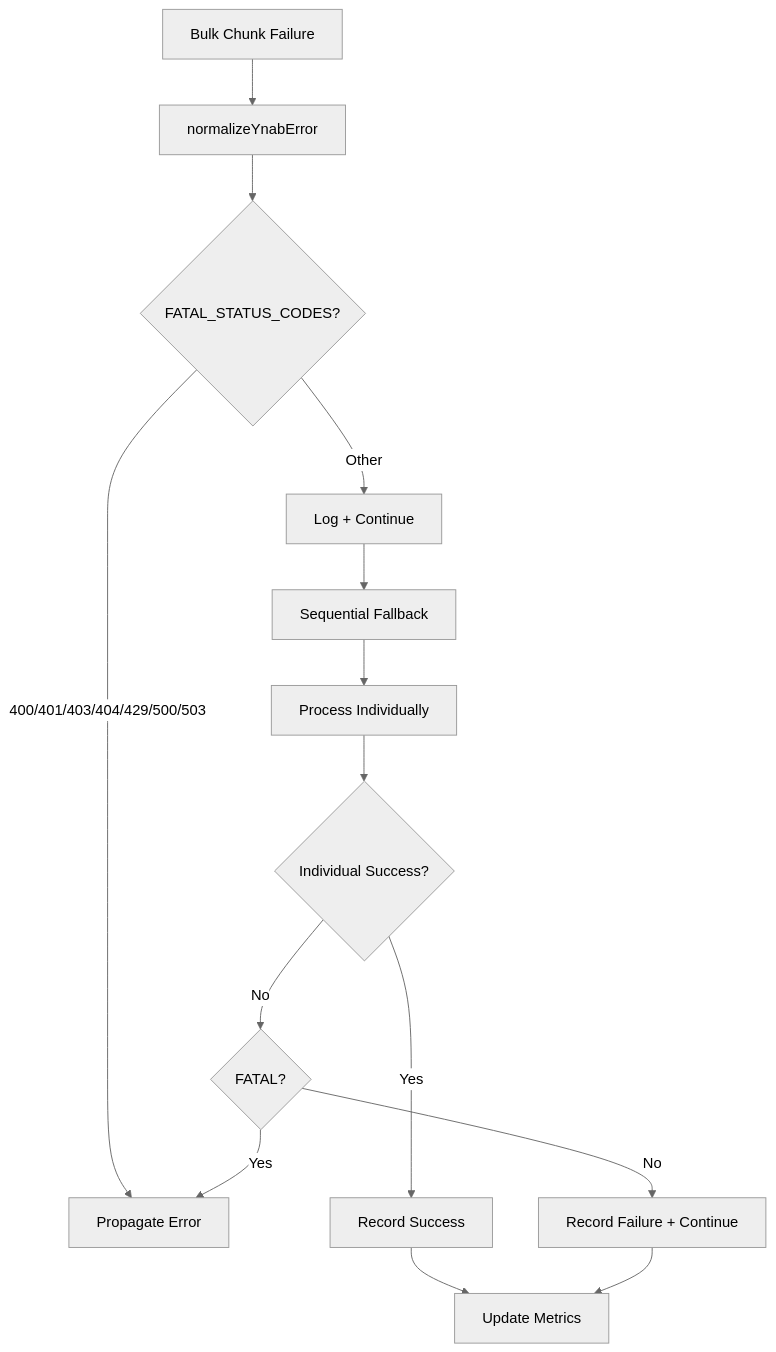
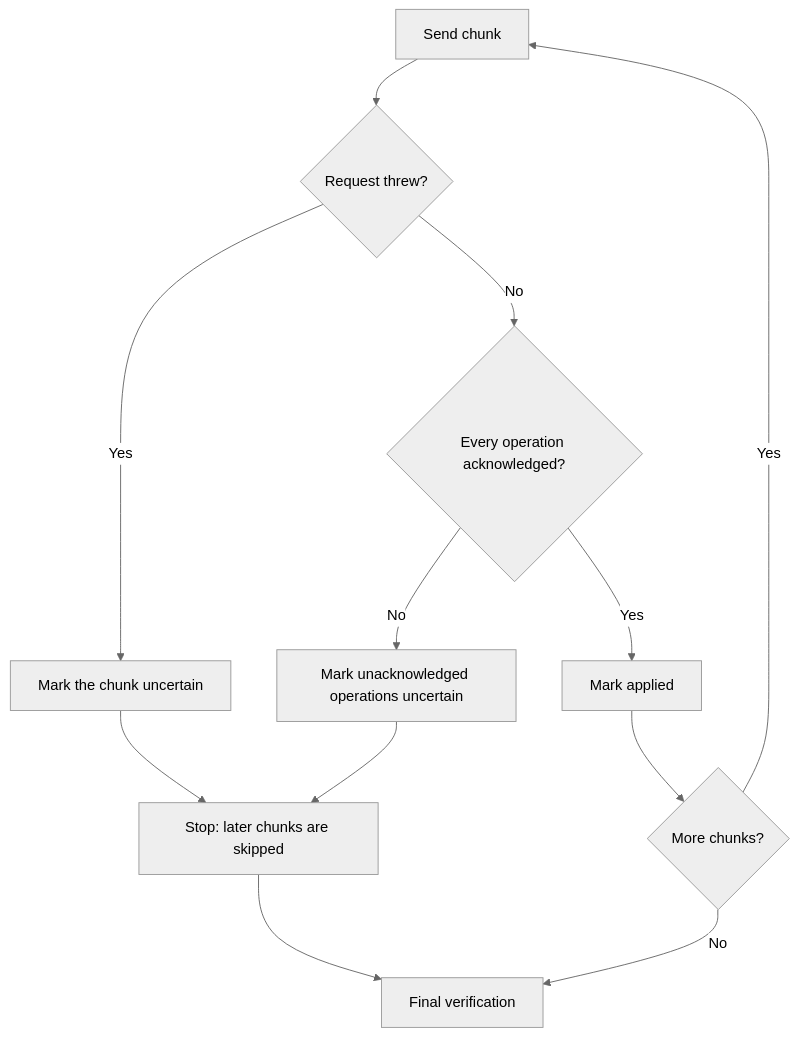
Before and after one commit to dizzlkheinz/ynab-mcpb: diagram 14 of 16 in docs/technical/reconciliation-system-architecture.md, drawn with Mermaid (neutral theme). The commit also changed other lines of this file and 108 other files, not shown here.

````diff
--- a/docs/technical/reconciliation-system-architecture.md
+++ b/docs/technical/reconciliation-system-architecture.md
@@ -1473,21 +1316,15 @@
 ```mermaid
 graph TD
-    A[Bulk Chunk Failure] --> B[normalizeYnabError]
-    B --> C{FATAL_STATUS_CODES?}
+    A[Send chunk] --> B{Request threw?}
+    B -->|Yes| C[Mark the chunk uncertain]
+    B -->|No| D{Every operation acknowledged?}
+    D -->|No| E[Mark unacknowledged operations uncertain]
+    D -->|Yes| F[Mark applied]
 
-    C -->|400/401/403/404/429/500/503| D[Propagate Error]
-    C -->|Other| E[Log + Continue]
-
-    E --> F[Sequential Fallback]
-    F --> G[Process Individually]
-
-    G --> H{Individual Success?}
-    H -->|Yes| I[Record Success]
-    H -->|No| J{FATAL?}
-
-    J -->|Yes| D
-    J -->|No| K[Record Failure + Continue]
-
-    I --> L[Update Metrics]
-    K --> L
+    C --> G[Stop: later chunks are skipped]
+    E --> G
+    F --> H{More chunks?}
+    H -->|Yes| A
+    H -->|No| I[Final verification]
+    G --> I
 ```
````
